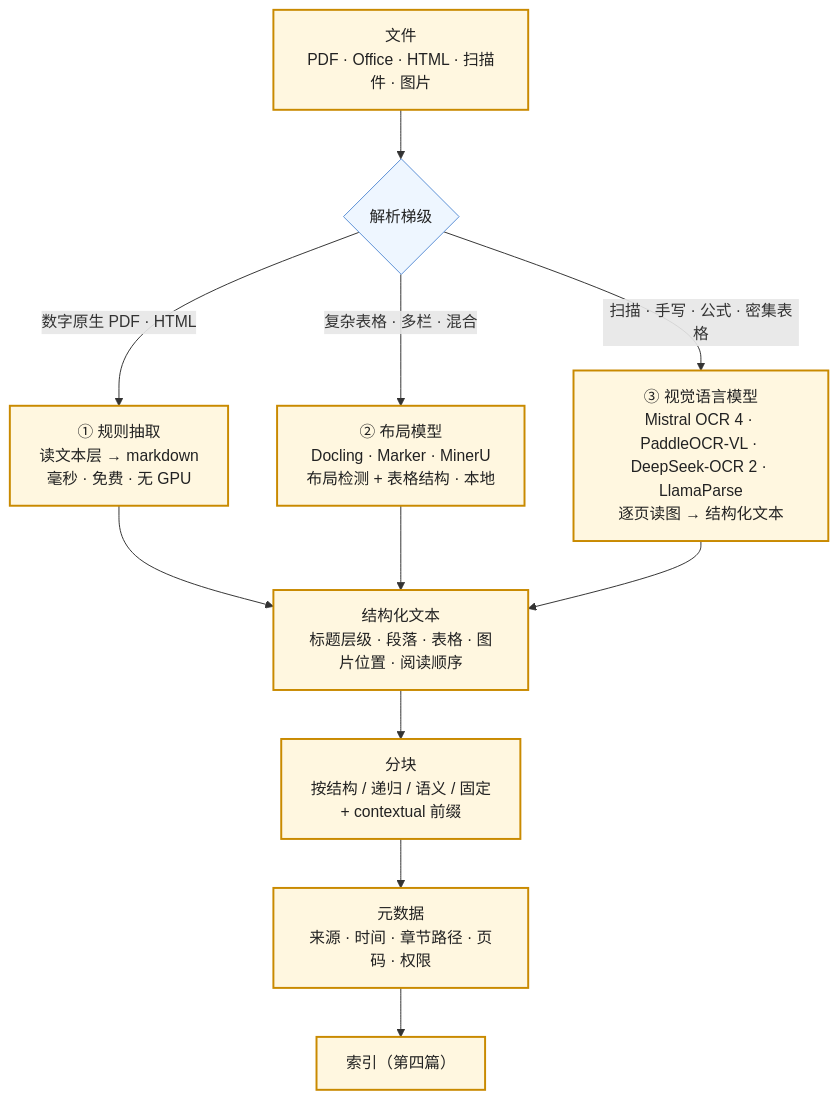
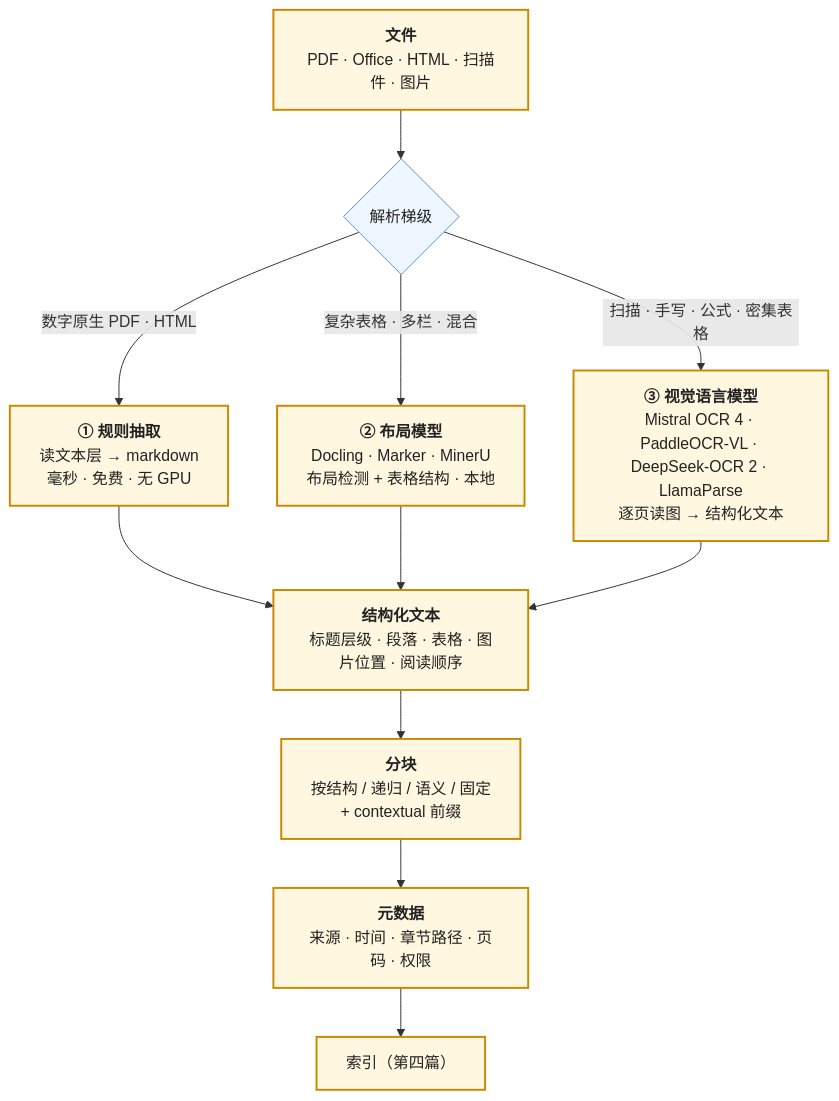
Before and after one commit to arganzheng/arganzheng.github.com: the first of 8 diagrams in _posts/2026-10-15-document-parsing-and-chunking-for-retrieval.md, drawn with Mermaid. The commit also changed other lines of this file and 7 other files, not shown here.

First line of the commit message:
检索与知识接入：私域知识怎么进入模型：Mermaid 多行方框的首行标为标题（8 篇）

````diff
--- a/_posts/2026-10-15-document-parsing-and-chunking-for-retrieval.md
+++ b/_posts/2026-10-15-document-parsing-and-chunking-for-retrieval.md
@@ -22,19 +22,19 @@
 ```mermaid
 %% 图：从文件到块：按文件类型走规则抽取、布局模型或视觉语言模型三级解析，得到结构化文本后分块并附元数据
 flowchart TB
-    F["文件<br/>PDF · Office · HTML · 扫描件 · 图片"] --> P{"解析梯级"}
-    P -->|"数字原生 PDF · HTML"| R1["① 规则抽取<br/>读文本层 → markdown<br/>毫秒 · 免费 · 无 GPU"]
-    P -->|"复杂表格 · 多栏 · 混合"| R2["② 布局模型<br/>Docling · Marker · MinerU<br/>布局检测 + 表格结构 · 本地"]
-    P -->|"扫描 · 手写 · 公式 · 密集表格"| R3["③ 视觉语言模型<br/>Mistral OCR 4 · PaddleOCR-VL · DeepSeek-OCR 2 · LlamaParse<br/>逐页读图 → 结构化文本"]
-    R1 --> S["结构化文本<br/>标题层级 · 段落 · 表格 · 图片位置 · 阅读顺序"]
+    F["<b>文件</b><br/>PDF · Office · HTML · 扫描件 · 图片"] --> P{"解析梯级"}
+    P -->|"数字原生 PDF · HTML"| R1["<b>① 规则抽取</b><br/>读文本层 → markdown<br/>毫秒 · 免费 · 无 GPU"]
+    P -->|"复杂表格 · 多栏 · 混合"| R2["<b>② 布局模型</b><br/>Docling · Marker · MinerU<br/>布局检测 + 表格结构 · 本地"]
+    P -->|"扫描 · 手写 · 公式 · 密集表格"| R3["<b>③ 视觉语言模型</b><br/>Mistral OCR 4 · PaddleOCR-VL · DeepSeek-OCR 2 · LlamaParse<br/>逐页读图 → 结构化文本"]
+    R1 --> S["<b>结构化文本</b><br/>标题层级 · 段落 · 表格 · 图片位置 · 阅读顺序"]
     R2 --> S
     R3 --> S
-    S --> C["分块<br/>按结构 / 递归 / 语义 / 固定<br/>+ contextual 前缀"]
-    C --> M["元数据<br/>来源 · 时间 · 章节路径 · 页码 · 权限"]
+    S --> C["<b>分块</b><br/>按结构 / 递归 / 语义 / 固定<br/>+ contextual 前缀"]
+    C --> M["<b>元数据</b><br/>来源 · 时间 · 章节路径 · 页码 · 权限"]
     M --> I["索引（第四篇）"]
 
     classDef step fill:#fff7e0,stroke:#c98a00,stroke-width:2px,color:#222
     classDef dec fill:#eef6ff,stroke:#5b8fd6,color:#222
     class F,R1,R2,R3,S,C,M,I step
     class P dec
 ```
````
